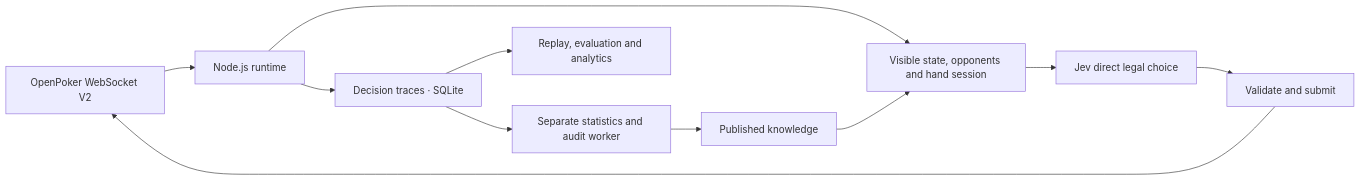
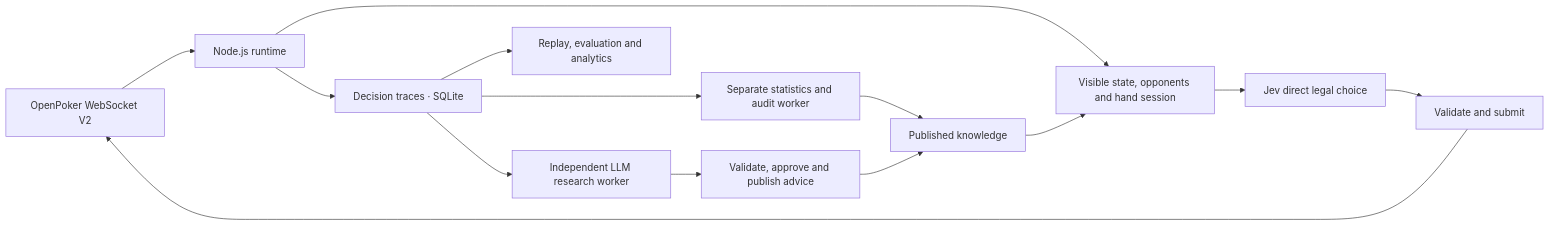
One commit to hewenyu/jev-card-agent changed the diagram in README.md. Above: the diagram before and after it, drawn with Mermaid. The commit also changed other lines of this file and 78 other files, not shown here.

Commit message:
feat: add reviewed asynchronous LLM research for Jev

````diff
--- a/README.md
+++ b/README.md
@@ -33,13 +33,16 @@
 ```mermaid
 flowchart LR
   O[OpenPoker WebSocket V2] --> R[Node.js runtime]
   R --> C[Visible state, opponents and hand session]
   C --> J[Jev direct legal choice]
   J --> V[Validate and submit]
   V --> O
   R --> T[Decision traces · SQLite]
   T --> E[Replay, evaluation and analytics]
   T --> S[Separate statistics and audit worker]
   S --> K[Published knowledge]
+  T --> L[Independent LLM research worker]
+  L --> P[Validate, approve and publish advice]
+  P --> K
   K --> C
 ```
````
